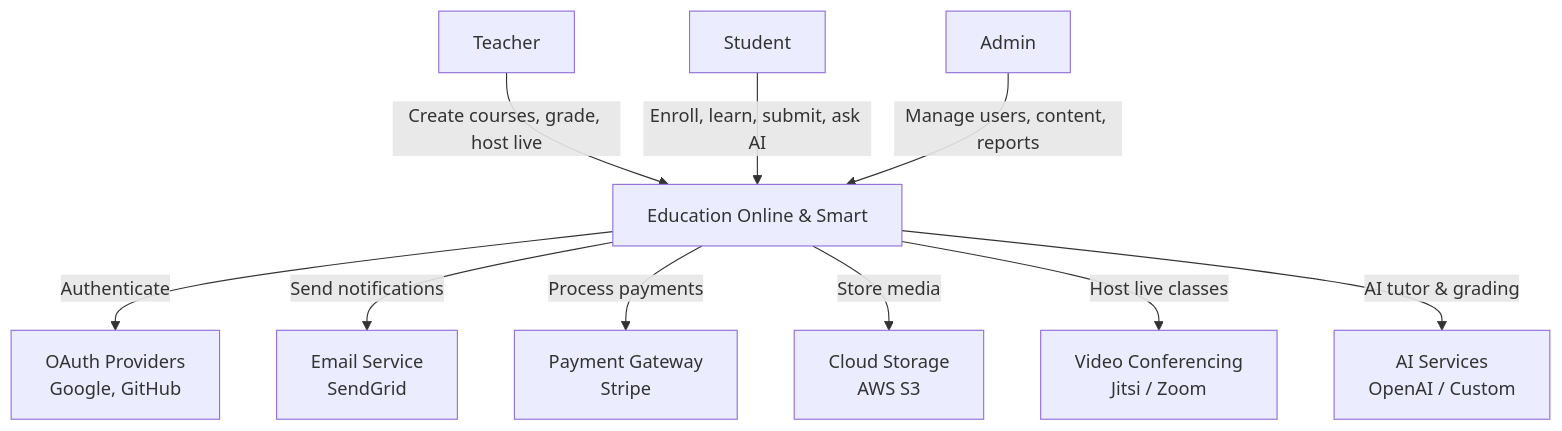
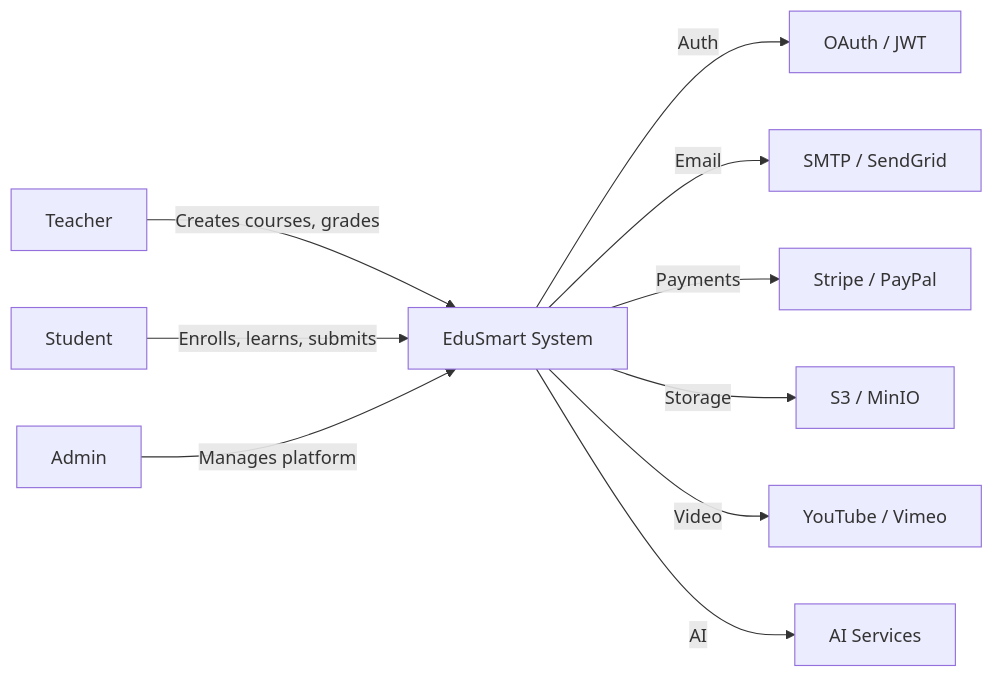
Before and after one commit to phamanh2112/smart_education: the diagram in docs/diagrams/context.md, drawn with Mermaid. The commit also changed other lines of this file and 66 other files, not shown here.

````diff
--- a/docs/diagrams/context.md
+++ b/docs/diagrams/context.md
@@ -3,26 +3,12 @@
 ```mermaid
-graph TD
-    SYSTEM[Education Online & Smart]
-
-    TEACHER[Teacher]
-    STUDENT[Student]
-    ADMIN[Admin]
-
-    OAUTH[OAuth Providers<br/>Google, GitHub]
-    EMAIL[Email Service<br/>SendGrid]
-    PAYMENT[Payment Gateway<br/>Stripe]
-    STORAGE[Cloud Storage<br/>AWS S3]
-    VIDEO[Video Conferencing<br/>Jitsi / Zoom]
-    AI[AI Services<br/>OpenAI / Custom]
-
-    TEACHER -->|Create courses, grade, host live| SYSTEM
-    STUDENT -->|Enroll, learn, submit, ask AI| SYSTEM
-    ADMIN -->|Manage users, content, reports| SYSTEM
-
-    SYSTEM -->|Authenticate| OAUTH
-    SYSTEM -->|Send notifications| EMAIL
-    SYSTEM -->|Process payments| PAYMENT
-    SYSTEM -->|Store media| STORAGE
-    SYSTEM -->|Host live classes| VIDEO
-    SYSTEM -->|AI tutor & grading| AI
+graph LR
+    T[Teacher] -->|Creates courses, grades| S[EduSmart System]
+    St[Student] -->|Enrolls, learns, submits| S
+    A[Admin] -->|Manages platform| S
+    S -->|Auth| O[OAuth / JWT]
+    S -->|Email| EM[SMTP / SendGrid]
+    S -->|Payments| P[Stripe / PayPal]
+    S -->|Storage| ST[S3 / MinIO]
+    S -->|Video| V[YouTube / Vimeo]
+    S -->|AI| AI[AI Services]
 ```
````
